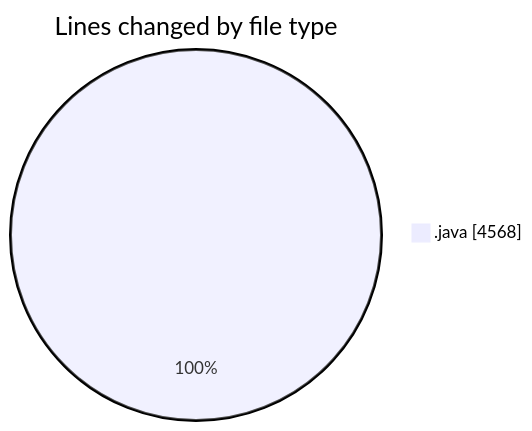
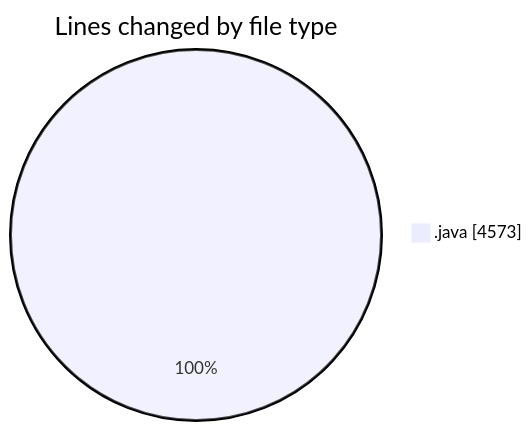
One commit to ricardozamudiocil/code-tracking changed the first of 2 diagrams in 2026-03-27/cilapp/README.md. Above: the diagram before and after it, drawn with Mermaid. The commit also changed other lines of this file and 1 other file, not shown here.

````diff
--- a/2026-03-27/cilapp/README.md
+++ b/2026-03-27/cilapp/README.md
@@ -21,5 +21,5 @@
 ```mermaid
 pie showData
 title Lines changed by file type
-".java" : 4568
+".java" : 4573
 ```
````
